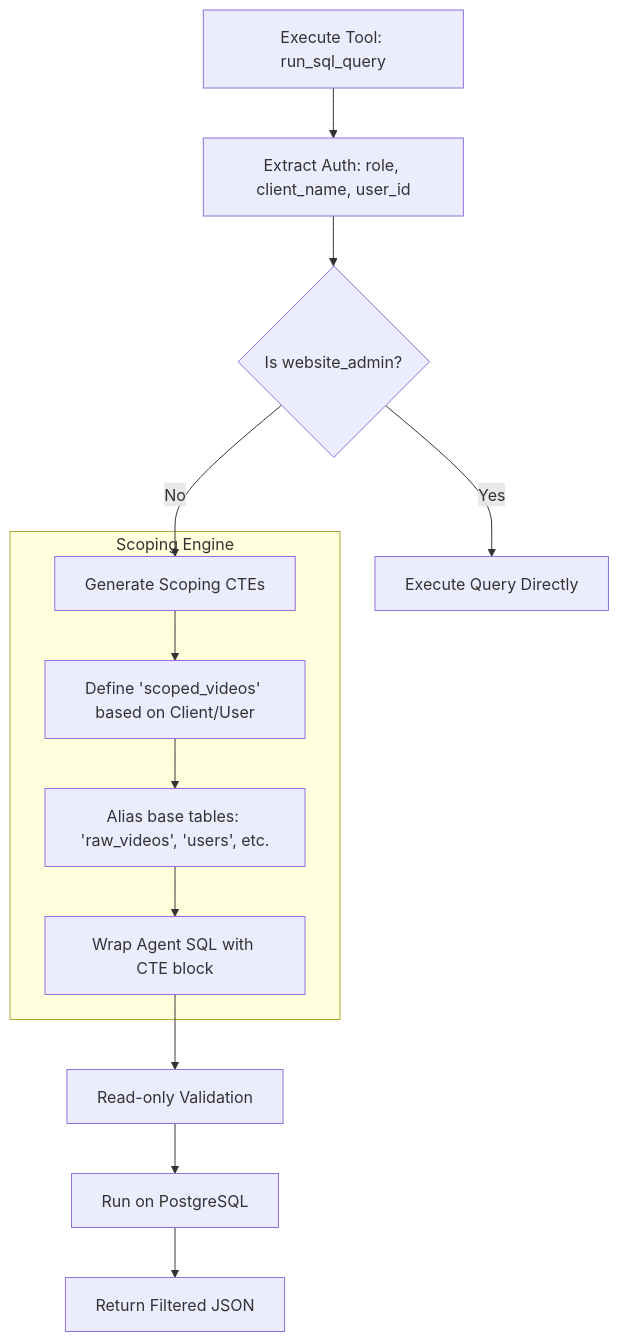
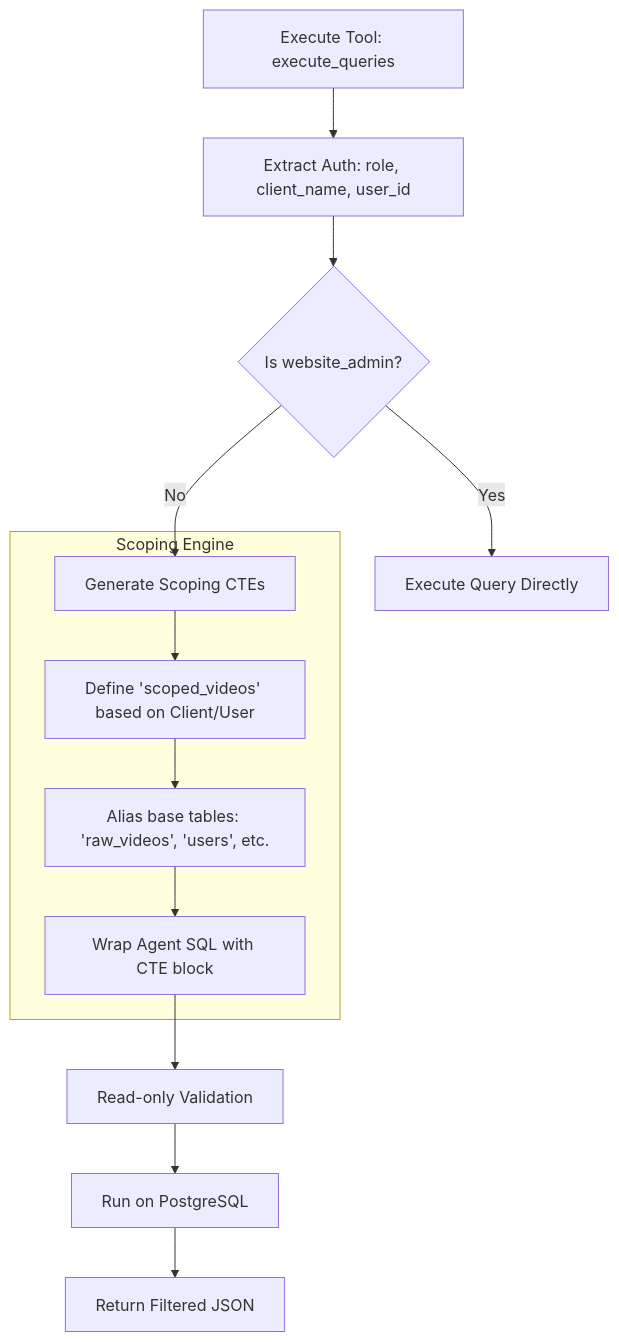
One commit to kmzpatil/Agentic-Dashboard changed the second of 2 diagrams in architecture_analysis.md. Above: the diagram before and after it, drawn with Mermaid. The commit also changed other lines of this file and 41 other files, not shown here.

````diff
--- a/architecture_analysis.md
+++ b/architecture_analysis.md
@@ -60,18 +62,18 @@
 ```mermaid
 flowchart TD
-    Start[Execute Tool: run_sql_query] --> GetAuth[Extract Auth: role, client_name, user_id]
+    Start[Execute Tool: execute_queries] --> GetAuth[Extract Auth: role, client_name, user_id]
     GetAuth --> IsAdmin{Is website_admin?}
-    
+
     IsAdmin -->|Yes| ExecRaw[Execute Query Directly]
     IsAdmin -->|No| BuildCTE[Generate Scoping CTEs]
-    
+
     subgraph "Scoping Engine"
         BuildCTE --> DefineBase[Define 'scoped_videos' based on Client/User]
         DefineBase --> Alias[Alias base tables: 'raw_videos', 'users', etc.]
         Alias --> Wrap[Wrap Agent SQL with CTE block]
     end
-    
+
     Wrap --> Validate[Read-only Validation]
     Validate --> RunPG[Run on PostgreSQL]
     RunPG --> Return[Return Filtered JSON]
 ```
````
